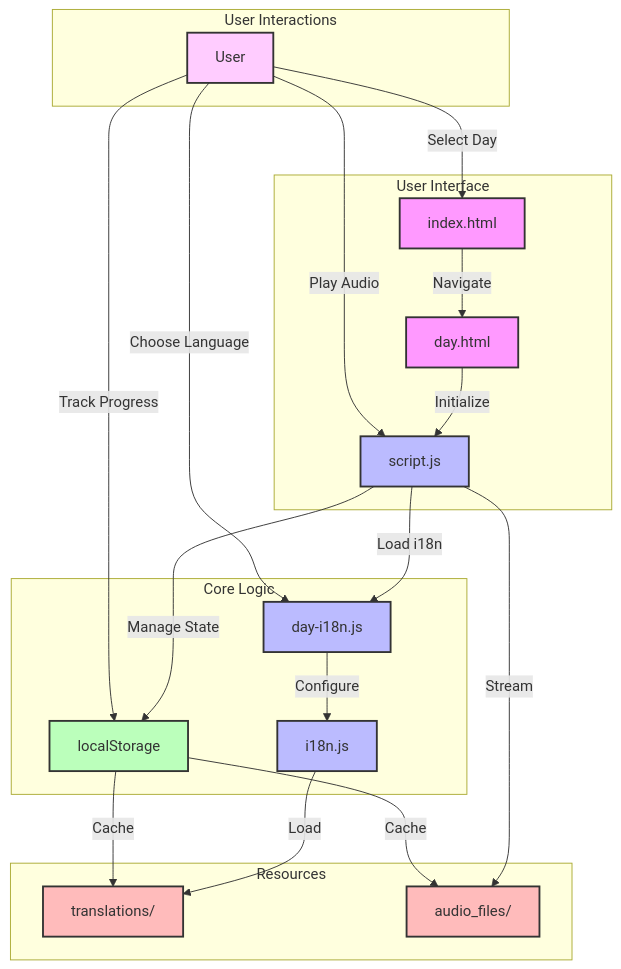
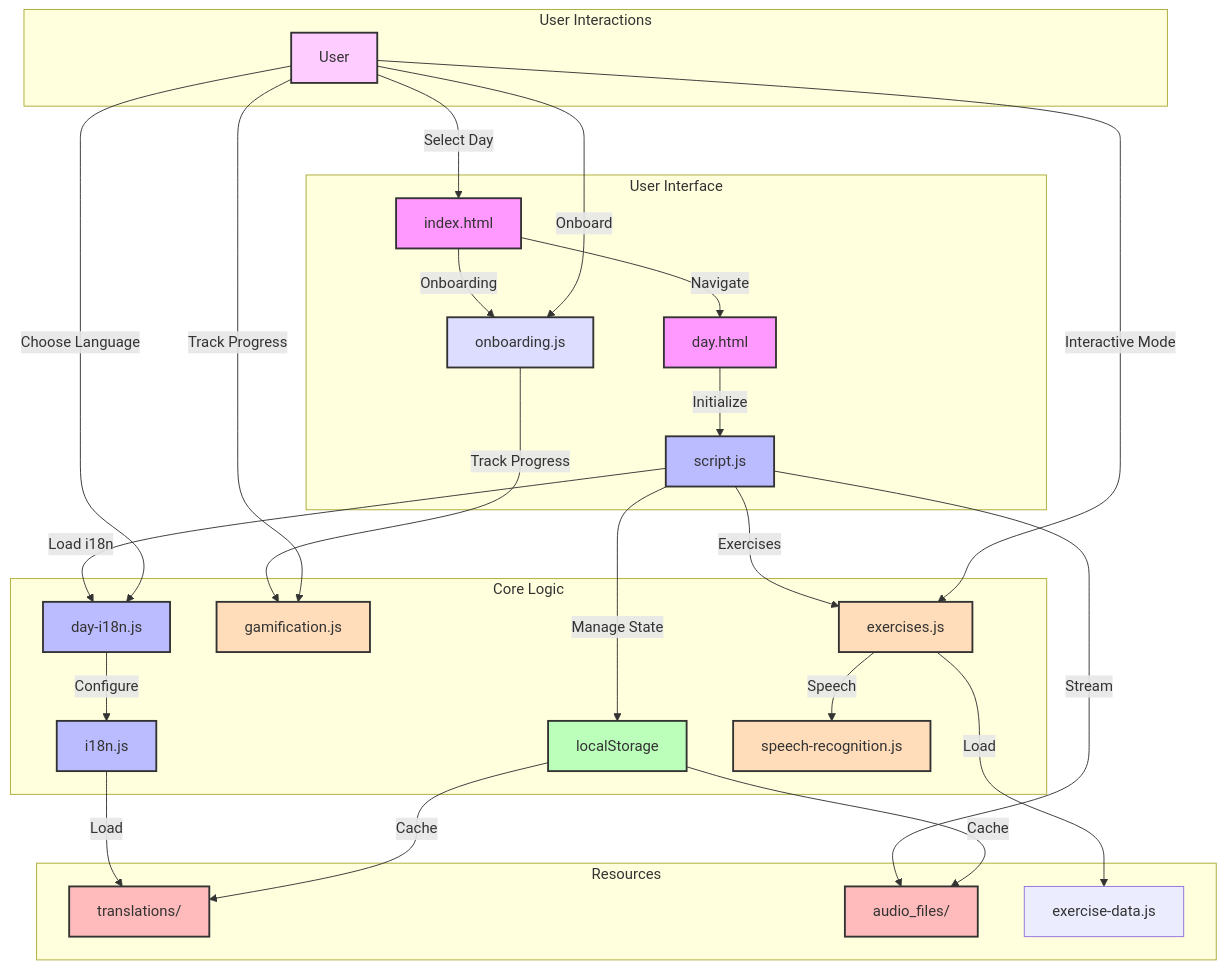
The second of 5 diagrams in README.md (dbsectrainer/PolyglotPathways), drawn with Mermaid before and after one commit. The commit also changed other lines of this file and 13 other files, not shown here.

First line of the commit message:
Add gamification, onboarding, and interactive exercise system

````diff
--- a/README.md
+++ b/README.md
@@ -12,39 +107,49 @@
 ```mermaid
 graph TD
     subgraph User Interface
         A[index.html] -->|Navigate| B[day.html]
+        A -->|Onboarding| O[onboarding.js]
         B -->|Initialize| C[script.js]
     end
-    
+
     subgraph Core Logic
         C -->|Load i18n| D[day-i18n.js]
         D -->|Configure| E[i18n.js]
         C -->|Manage State| F[localStorage]
+        O -->|Track Progress| G[gamification.js]
+        C -->|Exercises| H[exercises.js]
+        H -->|Speech| I[speech-recognition.js]
     end
-    
+
     subgraph Resources
-        E -->|Load| G[translations/]
-        C -->|Stream| H[audio_files/]
-        F -->|Cache| G
-        F -->|Cache| H
+        E -->|Load| J[translations/]
+        C -->|Stream| K[audio_files/]
+        F -->|Cache| J
+        F -->|Cache| K
+        H -->|Load| L[exercise-data.js]
     end
-    
+
     subgraph User Interactions
-        U[User] -->|Select Day| A
+        U[User] -->|Onboard| O
+        U -->|Select Day| A
         U -->|Choose Language| D
-        U -->|Play Audio| C
-        U -->|Track Progress| F
+        U -->|Interactive Mode| H
+        U -->|Track Progress| G
     end
-    
+
     style A fill:#f9f,stroke:#333,stroke-width:2px
     style B fill:#f9f,stroke:#333,stroke-width:2px
     style C fill:#bbf,stroke:#333,stroke-width:2px
     style D fill:#bbf,stroke:#333,stroke-width:2px
     style E fill:#bbf,stroke:#333,stroke-width:2px
     style F fill:#bfb,stroke:#333,stroke-width:2px
-    style G fill:#fbb,stroke:#333,stroke-width:2px
-    style H fill:#fbb,stroke:#333,stroke-width:2px
-    
+    style G fill:#fdb,stroke:#333,stroke-width:2px
+    style H fill:#fdb,stroke:#333,stroke-width:2px
+    style I fill:#fdb,stroke:#333,stroke-width:2px
+    style J fill:#fbb,stroke:#333,stroke-width:2px
+    style K fill:#fbb,stroke:#333,stroke-width:2px
+    style O fill:#ddf,stroke:#333,stroke-width:2px
+
     classDef userNode fill:#fcf,stroke:#333,stroke-width:2px
     class U userNode
 ```
````
